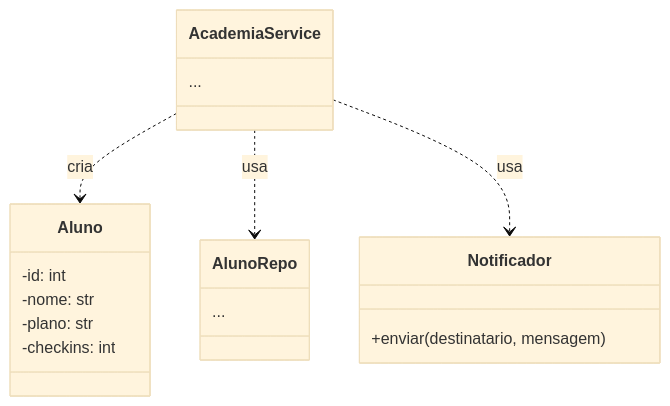
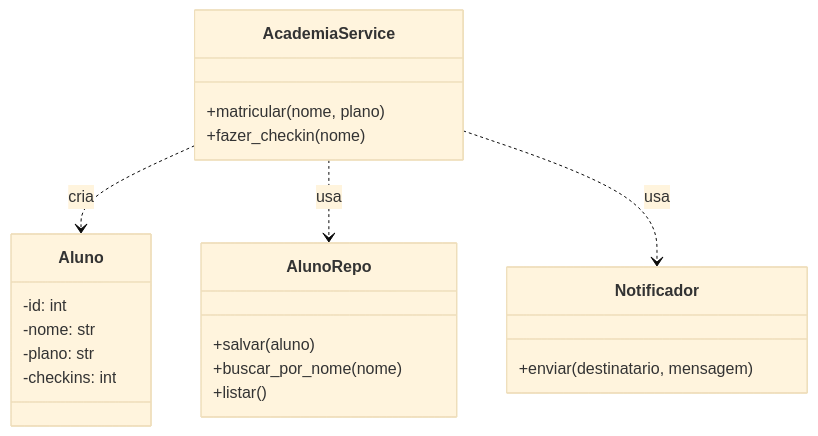
The diagram in aula03/template/DIAGRAMA.md (rafaelalan1001j-bit/bsi-fpsm-2026.1-ESII), drawn with Mermaid (base theme) before and after one commit. The commit also changed 3 other files, not shown here.

Commit message:
Aula 3: diagrama, análise e extração do Notificador

````diff
--- a/aula03/template/DIAGRAMA.md
+++ b/aula03/template/DIAGRAMA.md
@@ -11,29 +11,32 @@
 ```mermaid
 classDiagram
     %% ===== EXEMPLO JÁ RESOLVIDO — imite este padrão nas classes de baixo =====
     class Aluno {
         -id: int
         -nome: str
         -plano: str
         -checkins: int
     }
 
     %% ===== AGORA VOCÊ: troque os ... pelos atributos/métodos de cada classe =====
     %% (use - para privado e + para público, como no exemplo do Aluno)
     class AlunoRepo {
-        ...
+        +salvar(aluno)
+        +buscar_por_nome(nome)
+        +listar()
     }
 
     class Notificador {
         +enviar(destinatario, mensagem)
     }
 
     class AcademiaService {
-        ...
+        +matricular(nome, plano)
+        +fazer_checkin(nome)
     }
 
     %% Ligações (quem usa quem). As 3 já estão prontas — não precisa mexer.
     AcademiaService ..> Aluno : cria
     AcademiaService ..> AlunoRepo : usa
     AcademiaService ..> Notificador : usa
 ```
````
